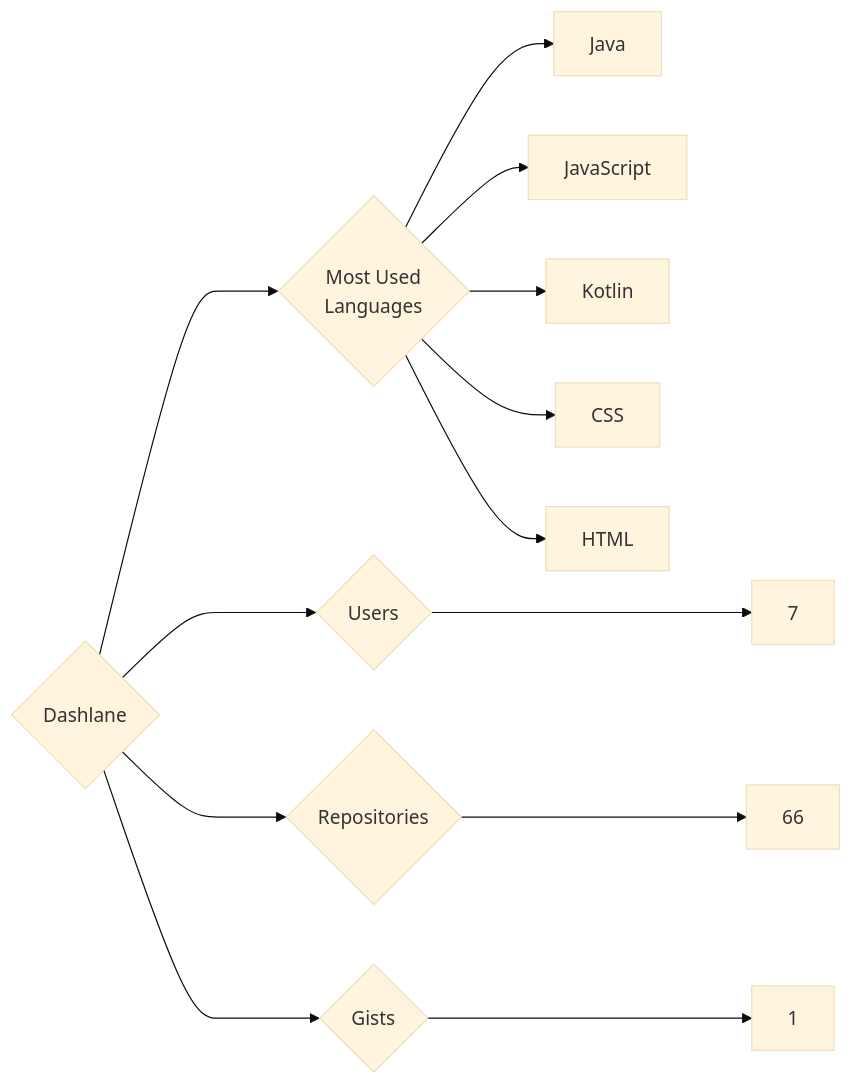
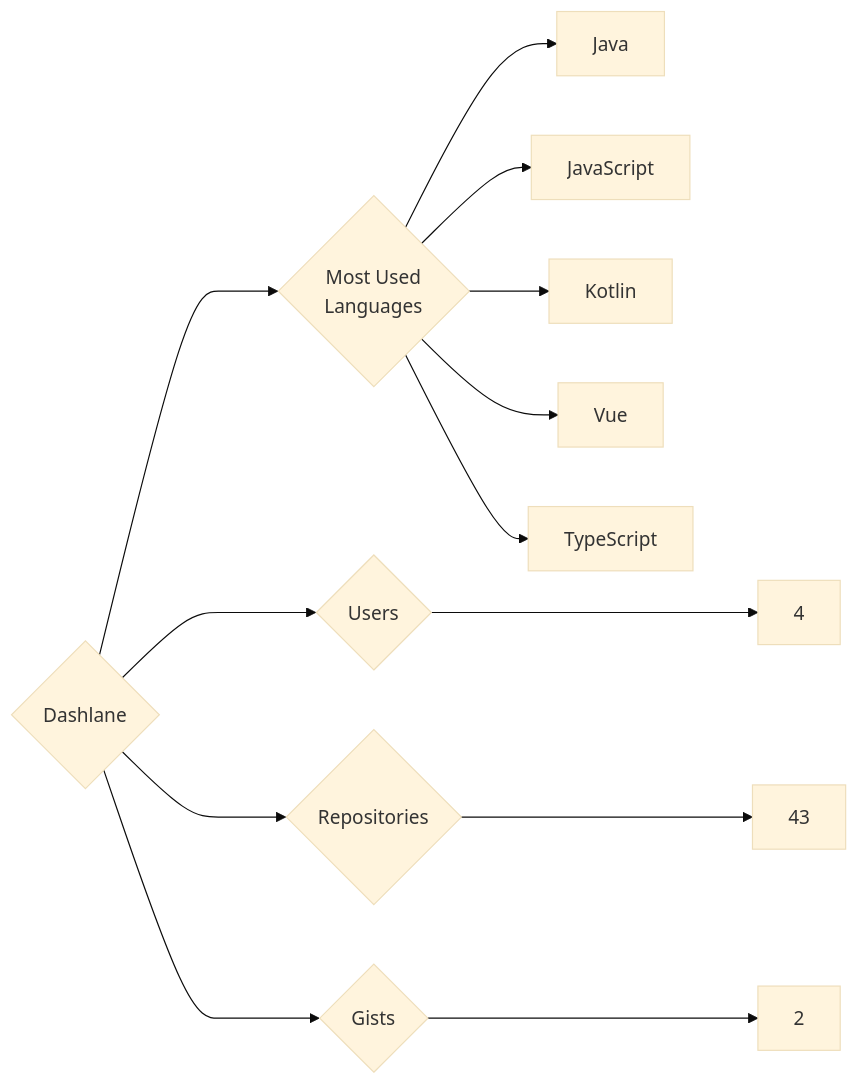
Before and after one commit to trickest/insiders: the diagram in targets/Dashlane/README.md, drawn with Mermaid (base theme). The commit also changed 1175 other files, not shown here.

````diff
--- a/targets/Dashlane/README.md
+++ b/targets/Dashlane/README.md
@@ -3,13 +3,13 @@
 ```mermaid
 graph LR
 COMPANY_NAME{Dashlane}
-COMPANY_NAME ---> U{Users} ---> UN[7]
-COMPANY_NAME ---> R{Repositories} ---> RN[66]
-COMPANY_NAME ---> G{Gists} ---> GN[1]
+COMPANY_NAME ---> U{Users} ---> UN[4]
+COMPANY_NAME ---> R{Repositories} ---> RN[43]
+COMPANY_NAME ---> G{Gists} ---> GN[2]
 COMPANY_NAME ---> ML{Most Used<br>Languages}
 ML --> Java[Java]
 ML --> JavaScript[JavaScript]
 ML --> Kotlin[Kotlin]
-ML --> CSS[CSS]
-ML --> HTML[HTML]
+ML --> Vue[Vue]
+ML --> TypeScript[TypeScript]
 ```
````
